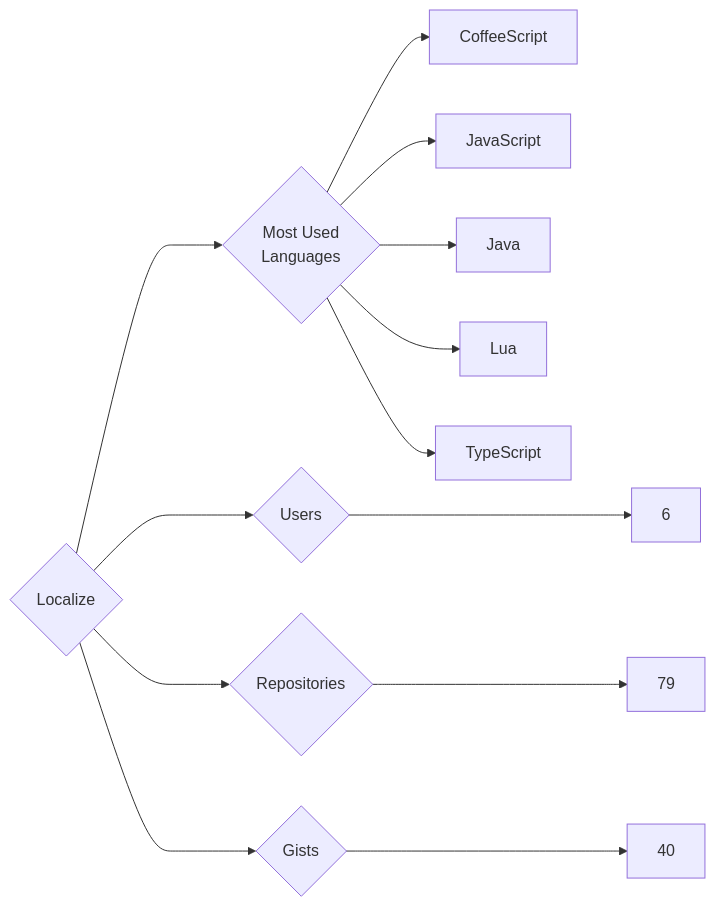
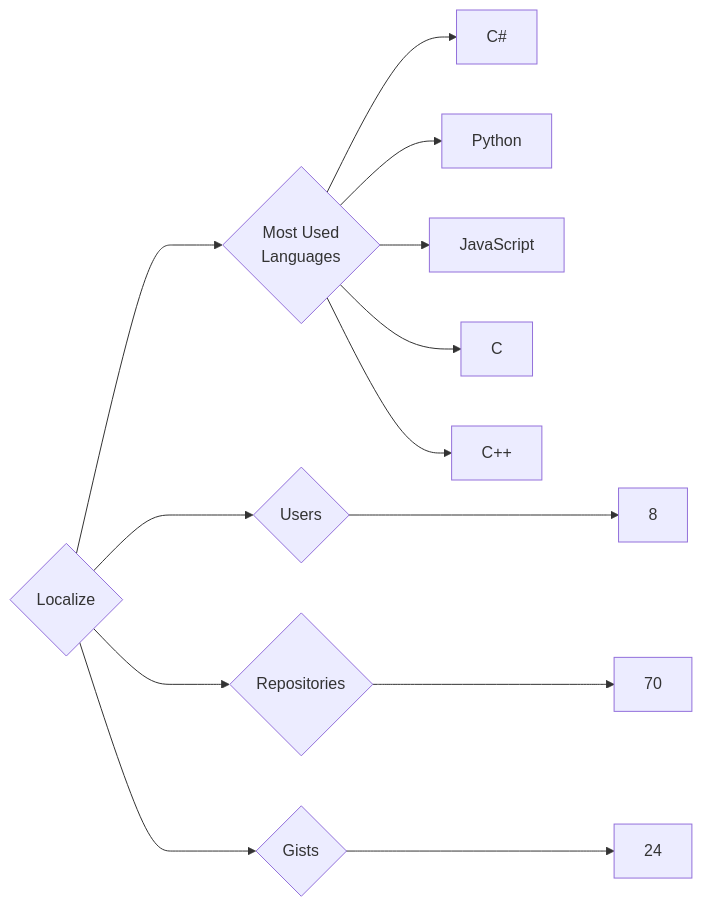
One commit to trickest/insiders changed the diagram in targets/Localize/README.md. Above: the diagram before and after it, drawn with Mermaid. The commit also changed 1389 other files, not shown here.

````diff
--- a/targets/Localize/README.md
+++ b/targets/Localize/README.md
@@ -3,13 +3,13 @@
 ```mermaid
 graph LR
 COMPANY_NAME{Localize}
-COMPANY_NAME ---> U{Users} ---> UN[6]
-COMPANY_NAME ---> R{Repositories} ---> RN[79]
-COMPANY_NAME ---> G{Gists} ---> GN[40]
+COMPANY_NAME ---> U{Users} ---> UN[8]
+COMPANY_NAME ---> R{Repositories} ---> RN[70]
+COMPANY_NAME ---> G{Gists} ---> GN[24]
 COMPANY_NAME ---> ML{Most Used<br>Languages}
-ML --> CoffeeScript[CoffeeScript]
+ML --> C#[C#]
+ML --> Python[Python]
 ML --> JavaScript[JavaScript]
-ML --> Java[Java]
-ML --> Lua[Lua]
-ML --> TypeScript[TypeScript]
+ML --> C[C]
+ML --> C++[C++]
 ```
````
